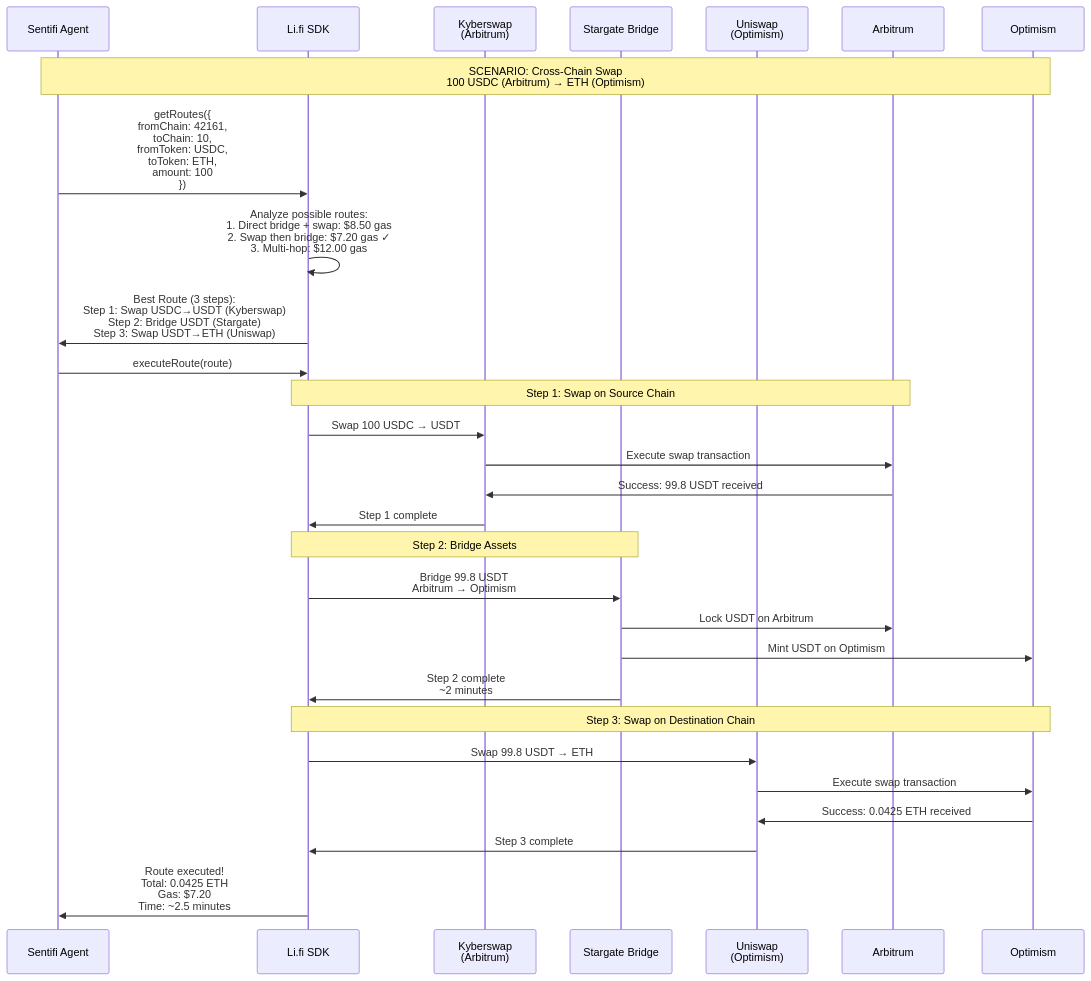
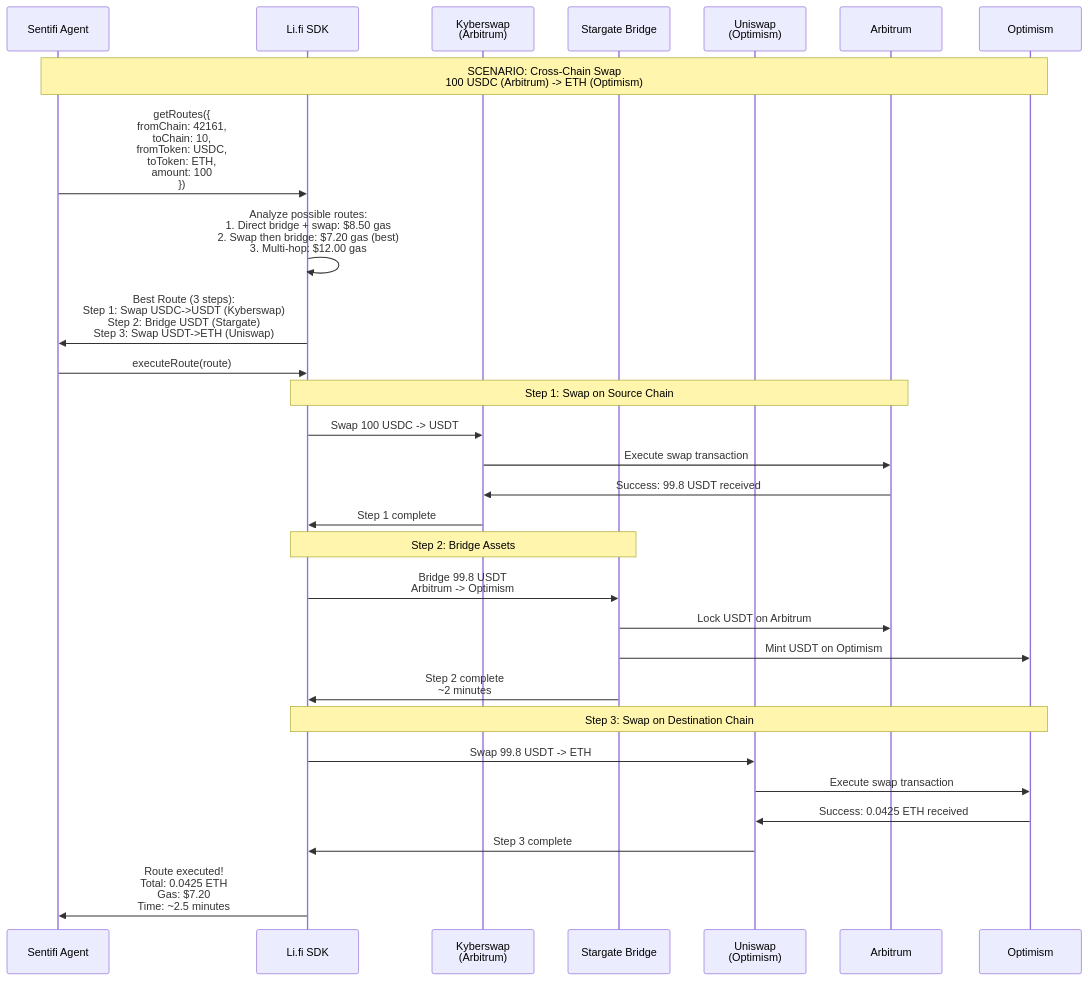
The seventh of 8 diagrams in docs/HACKATHON-FLOWS.md (vhspace/eXpress402), drawn with Mermaid before and after one commit. The commit also changed other lines of this file, not shown here.

First line of the commit message:
docs: fix Mermaid rendering in hackathon flows

````diff
--- a/docs/HACKATHON-FLOWS.md
+++ b/docs/HACKATHON-FLOWS.md
@@ -459,43 +459,43 @@
 ```mermaid
 sequenceDiagram
     participant Agent as Sentifi Agent
     participant Lifi as Li.fi SDK
     participant DEX1 as Kyberswap<br/>(Arbitrum)
     participant Bridge as Stargate Bridge
     participant DEX2 as Uniswap<br/>(Optimism)
     participant Chain1 as Arbitrum
     participant Chain2 as Optimism
 
-    Note over Agent,Chain2: SCENARIO: Cross-Chain Swap<br/>100 USDC (Arbitrum) → ETH (Optimism)
+    Note over Agent,Chain2: SCENARIO: Cross-Chain Swap<br/>100 USDC (Arbitrum) -> ETH (Optimism)
     
     Agent->>Lifi: getRoutes({<br/>  fromChain: 42161,<br/>  toChain: 10,<br/>  fromToken: USDC,<br/>  toToken: ETH,<br/>  amount: 100<br/>})
     
-    Lifi->>Lifi: Analyze possible routes:<br/>1. Direct bridge + swap: $8.50 gas<br/>2. Swap then bridge: $7.20 gas ✓<br/>3. Multi-hop: $12.00 gas
+    Lifi->>Lifi: Analyze possible routes:<br/>1. Direct bridge + swap: $8.50 gas<br/>2. Swap then bridge: $7.20 gas (best)<br/>3. Multi-hop: $12.00 gas
     
-    Lifi->>Agent: Best Route (3 steps):<br/>Step 1: Swap USDC→USDT (Kyberswap)<br/>Step 2: Bridge USDT (Stargate)<br/>Step 3: Swap USDT→ETH (Uniswap)
+    Lifi->>Agent: Best Route (3 steps):<br/>Step 1: Swap USDC->USDT (Kyberswap)<br/>Step 2: Bridge USDT (Stargate)<br/>Step 3: Swap USDT->ETH (Uniswap)
     
     Agent->>Lifi: executeRoute(route)
     
     Note over Lifi,Chain1: Step 1: Swap on Source Chain
     
-    Lifi->>DEX1: Swap 100 USDC → USDT
+    Lifi->>DEX1: Swap 100 USDC -> USDT
     DEX1->>Chain1: Execute swap transaction
     Chain1->>DEX1: Success: 99.8 USDT received
     DEX1->>Lifi: Step 1 complete
     
     Note over Lifi,Bridge: Step 2: Bridge Assets
     
-    Lifi->>Bridge: Bridge 99.8 USDT<br/>Arbitrum → Optimism
+    Lifi->>Bridge: Bridge 99.8 USDT<br/>Arbitrum -> Optimism
     Bridge->>Chain1: Lock USDT on Arbitrum
     Bridge->>Chain2: Mint USDT on Optimism
     Bridge->>Lifi: Step 2 complete<br/>~2 minutes
     
     Note over Lifi,Chain2: Step 3: Swap on Destination Chain
     
-    Lifi->>DEX2: Swap 99.8 USDT → ETH
+    Lifi->>DEX2: Swap 99.8 USDT -> ETH
     DEX2->>Chain2: Execute swap transaction
     Chain2->>DEX2: Success: 0.0425 ETH received
     DEX2->>Lifi: Step 3 complete
     
     Lifi->>Agent: Route executed!<br/>Total: 0.0425 ETH<br/>Gas: $7.20<br/>Time: ~2.5 minutes
 ```
````
